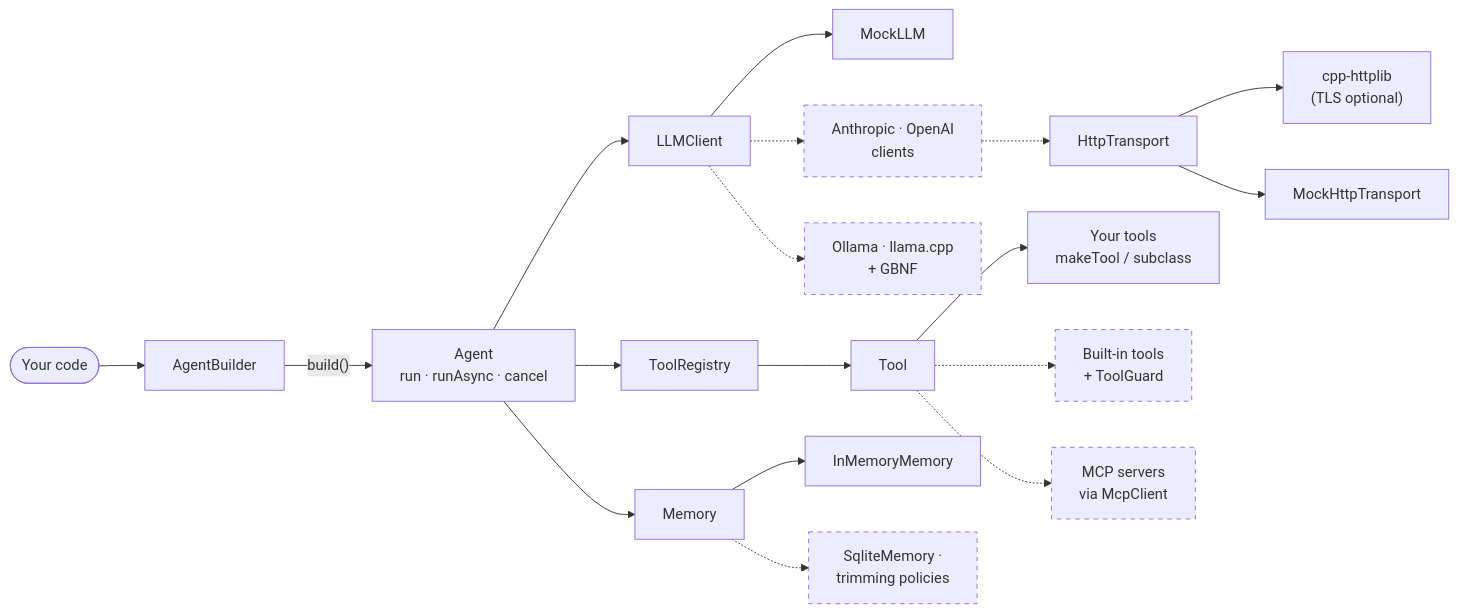
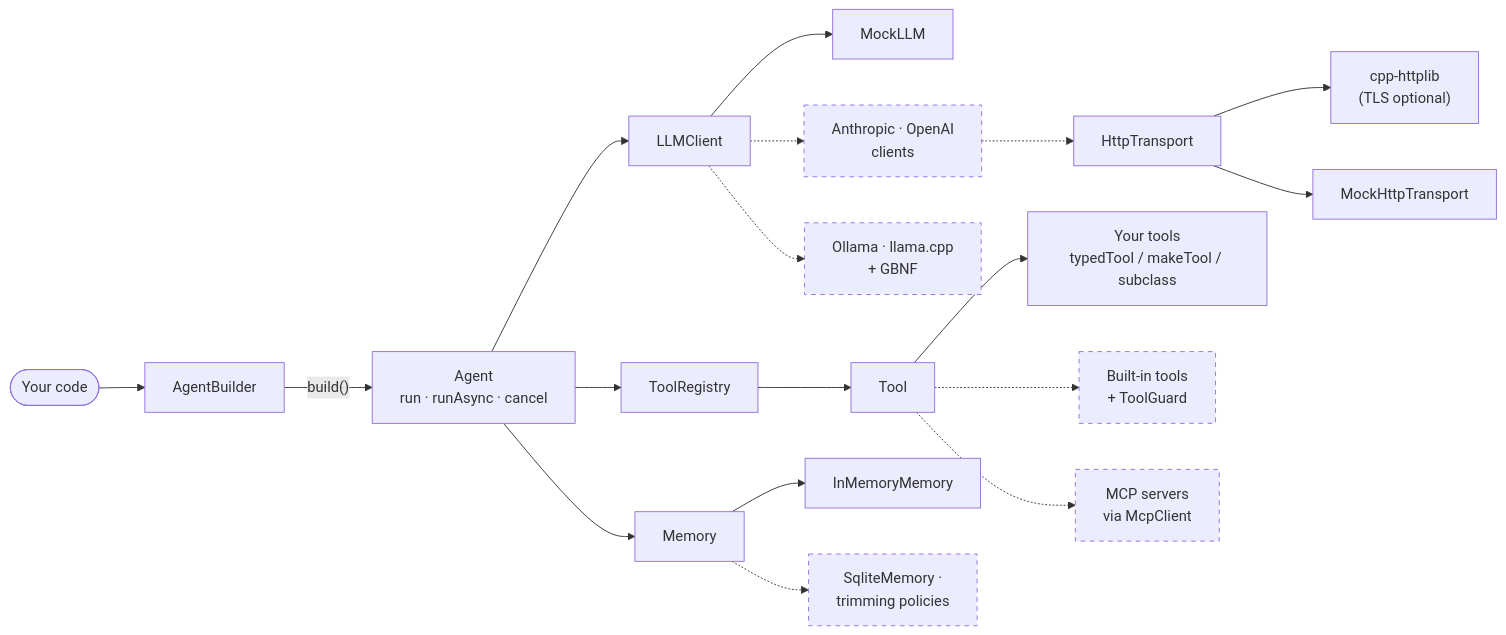
One commit to Ambar-Gupta22/corvus changed the diagram in README.md. Above: the diagram before and after it, drawn with Mermaid. The commit also changed other lines of this file and 15 other files, not shown here.

First line of the commit message:
feat: typed tools — struct-typed args with derived schema (#5)

````diff
--- a/README.md
+++ b/README.md
@@ -109,27 +111,27 @@
 ```mermaid
 flowchart LR
     App(["Your code"]) --> Builder["AgentBuilder"]
     Builder -->|"build()"| Agent["Agent<br/>run · runAsync · cancel"]
 
     Agent --> LLM["LLMClient"]
     Agent --> Registry["ToolRegistry"]
     Agent --> Memory["Memory"]
 
     LLM --> MockLLM["MockLLM"]
     LLM -.-> Cloud["Anthropic · OpenAI<br/>clients"]
     LLM -.-> Local["Ollama · llama.cpp<br/>+ GBNF"]
     Cloud -.-> Transport["HttpTransport"]
     Transport --> Httplib["cpp-httplib<br/>(TLS optional)"]
     Transport --> MockHttp["MockHttpTransport"]
 
     Registry --> Tool["Tool"]
-    Tool --> UserTools["Your tools<br/>makeTool / subclass"]
+    Tool --> UserTools["Your tools<br/>typedTool / makeTool / subclass"]
     Tool -.-> Builtins["Built-in tools<br/>+ ToolGuard"]
     Tool -.-> MCP["MCP servers<br/>via McpClient"]
 
     Memory --> InMem["InMemoryMemory"]
     Memory -.-> Policies["SqliteMemory ·<br/>trimming policies"]
 
     classDef planned stroke-dasharray: 5 5
     class Cloud,Local,Builtins,MCP,Policies planned
 ```
````
